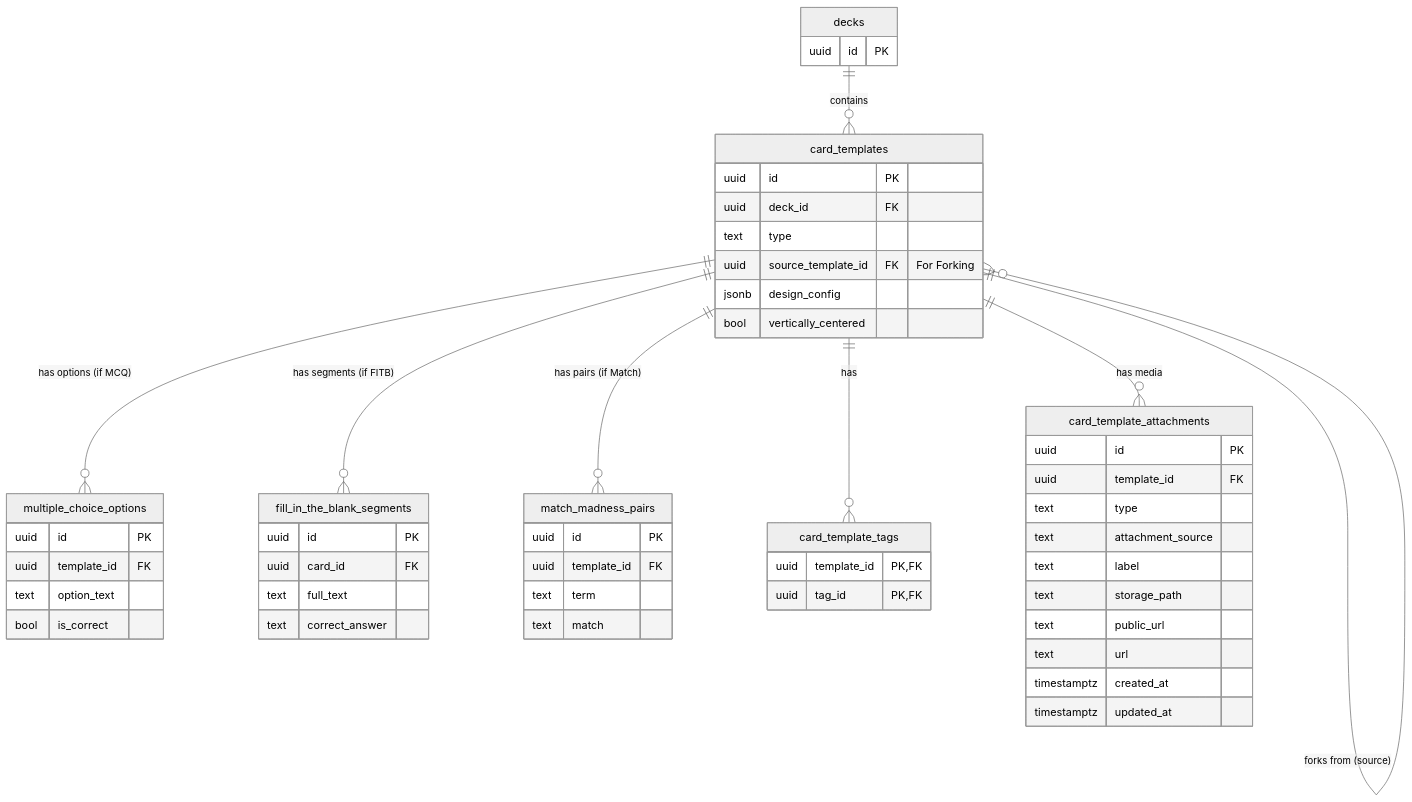
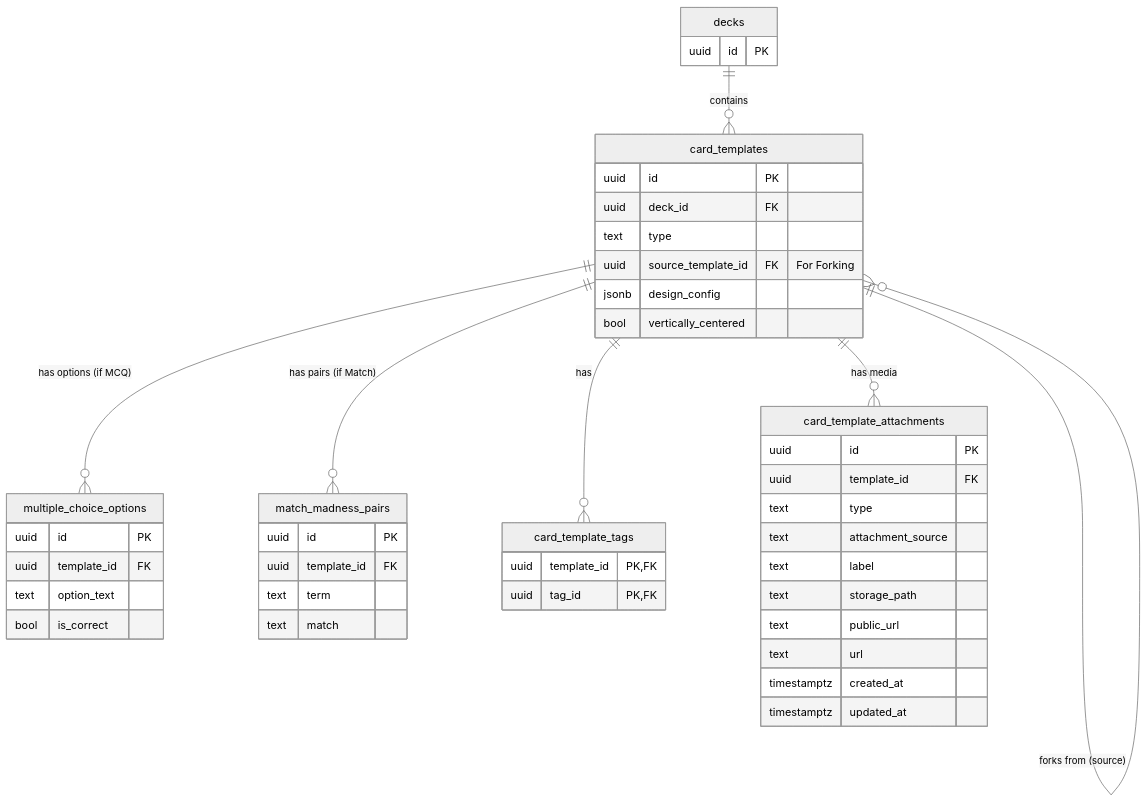
One commit to GuyWithBag/boo_mondai changed the third of 6 diagrams in supabase/context/schema_diagram.md. Above: the diagram before and after it, drawn with Mermaid (neutral theme). The commit also changed 8 other files, not shown here.

Commit message:
feat(sync): update card template sync schema

````diff
--- a/supabase/context/schema_diagram.md
+++ b/supabase/context/schema_diagram.md
@@ -91,63 +91,55 @@
 ```mermaid
 erDiagram
     decks {
         uuid id PK
     }
 
     card_templates {
         uuid id PK
         uuid deck_id FK
         text type
         uuid source_template_id FK "For Forking"
         jsonb design_config
         bool vertically_centered
     }
 
     multiple_choice_options {
         uuid id PK
         uuid template_id FK
         text option_text
         bool is_correct
-    }
-
-    fill_in_the_blank_segments {
-        uuid id PK
-        uuid card_id FK
-        text full_text
-        text correct_answer
     }
 
     match_madness_pairs {
         uuid id PK
         uuid template_id FK
         text term
         text match
     }
 
     card_template_tags {
         uuid template_id PK, FK
         uuid tag_id PK, FK
     }
 
     card_template_attachments {
         uuid id PK
         uuid template_id FK
         text type
         text attachment_source
         text label
         text storage_path
         text public_url
         text url
         timestamptz created_at
         timestamptz updated_at
     }
 
     decks ||--o{ card_templates : "contains"
     card_templates ||--o{ card_templates : "forks from (source)"
     card_templates ||--o{ multiple_choice_options : "has options (if MCQ)"
-    card_templates ||--o{ fill_in_the_blank_segments : "has segments (if FITB)"
     card_templates ||--o{ match_madness_pairs : "has pairs (if Match)"
     card_templates ||--o{ card_template_tags : "has"
     card_templates ||--o{ card_template_attachments : "has media"
 
 ```
````
